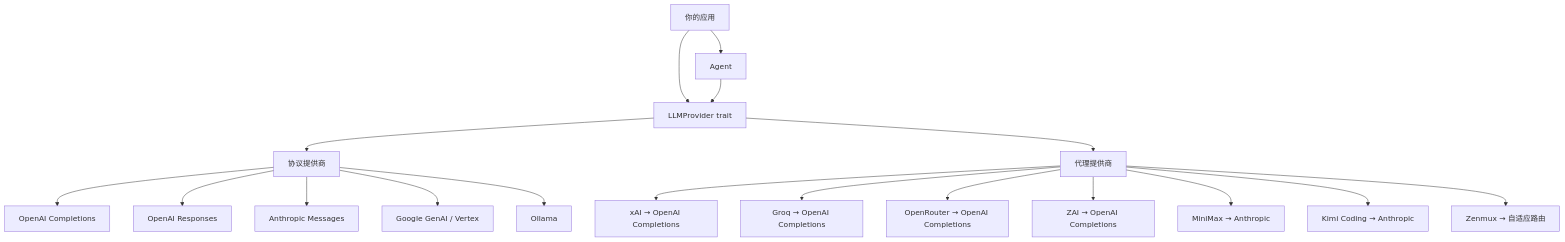
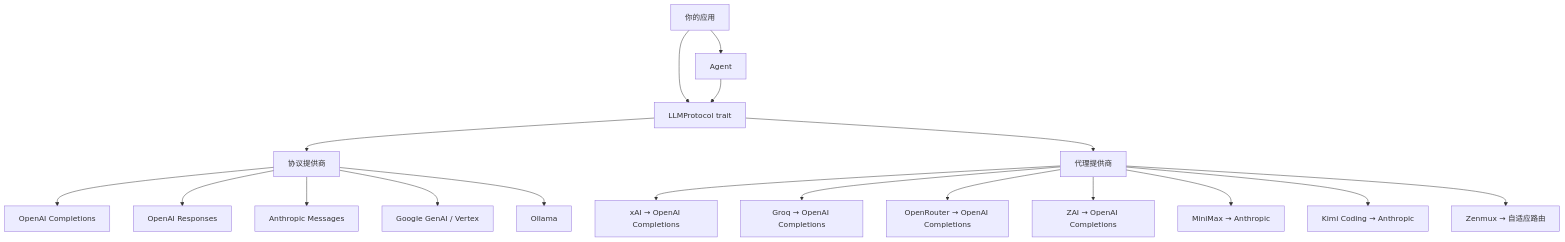
One commit to TiyAgents/tiy-core changed the diagram in README-ZH.md. Above: the diagram before and after it, drawn with Mermaid. The commit also changed other lines of this file and 32 other files, not shown here.

````diff
--- a/README-ZH.md
+++ b/README-ZH.md
@@ -30,20 +30,20 @@
 ```mermaid
 graph TD
     A[你的应用] --> B[Agent]
-    A --> C[LLMProvider trait]
+    A --> C[LLMProtocol trait]
     B --> C
     C --> D[协议提供商]
     C --> E[代理提供商]
     D --> D1[OpenAI Completions]
     D --> D2[OpenAI Responses]
     D --> D3[Anthropic Messages]
     D --> D4[Google GenAI / Vertex]
     D --> D5[Ollama]
     E --> E1[xAI → OpenAI Completions]
     E --> E2[Groq → OpenAI Completions]
     E --> E3[OpenRouter → OpenAI Completions]
     E --> E4[ZAI → OpenAI Completions]
     E --> E5[MiniMax → Anthropic]
     E --> E6[Kimi Coding → Anthropic]
     E --> E7[Zenmux → 自适应路由]
 ```
````
